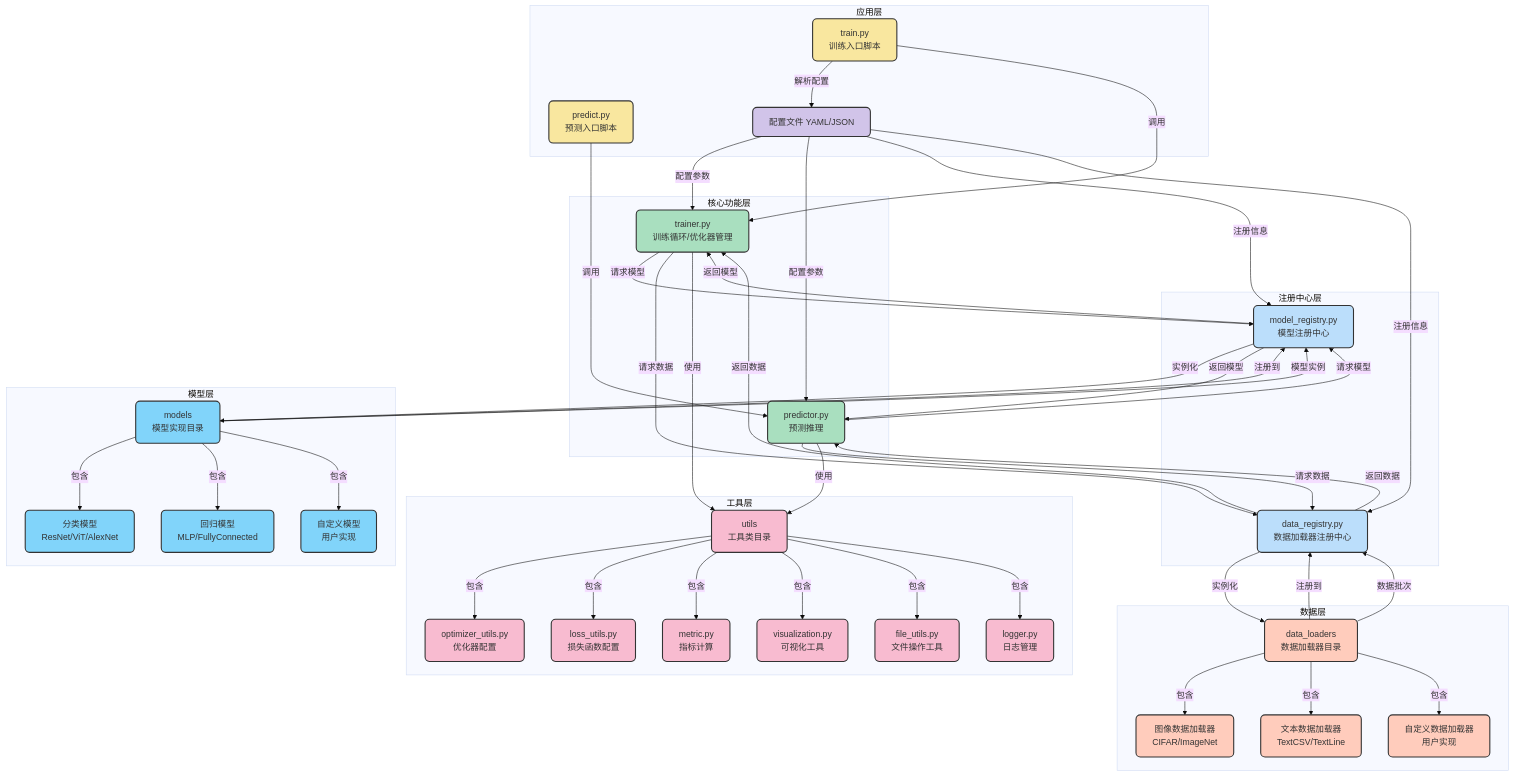
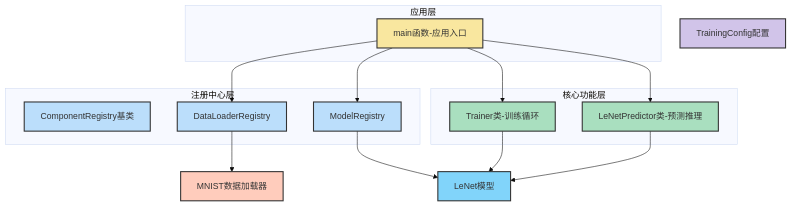
One commit to amuqiao/d2l_note changed the diagram in src/model_center/docs/enhanced_architecture.md. Above: the diagram before and after it, drawn with Mermaid (base theme). The commit also changed 13 other files, not shown here.

````diff
--- a/src/model_center/docs/enhanced_architecture.md
+++ b/src/model_center/docs/enhanced_architecture.md
@@ -5,106 +5,44 @@
 ```mermaid
-graph TD
-    %% 定义样式类
-    classDef styleApp fill:#F9E79F,stroke:#333,stroke-width:2px,rx:8px,ry:8px;
-    classDef styleCore fill:#A9DFBF,stroke:#333,stroke-width:2px,rx:8px,ry:8px;
-    classDef styleModels fill:#81D4FA,stroke:#333,stroke-width:2px,rx:8px,ry:8px;
-    classDef styleData fill:#FFCCBC,stroke:#333,stroke-width:2px,rx:8px,ry:8px;
-    classDef styleUtils fill:#F8BBD0,stroke:#333,stroke-width:2px,rx:8px,ry:8px;
-    classDef styleConfig fill:#D1C4E9,stroke:#333,stroke-width:2px,rx:8px,ry:8px;
-    classDef styleRegistry fill:#BBDEFB,stroke:#333,stroke-width:2px,rx:8px,ry:8px;
-
-    %% 应用层
+flowchart TD
+    %% 简化样式（去掉圆角rx/ry，减少渲染负担）
+    classDef styleApp fill:#F9E79F,stroke:#333,stroke-width:2px;
+    classDef styleCore fill:#A9DFBF,stroke:#333,stroke-width:2px;
+    classDef styleRegistry fill:#BBDEFB,stroke:#333,stroke-width:2px;
+    classDef styleModels fill:#81D4FA,stroke:#333,stroke-width:2px;
+    classDef styleData fill:#FFCCBC,stroke:#333,stroke-width:2px;
+    classDef styleConfig fill:#D1C4E9,stroke:#333,stroke-width:2px;
+    
+    %% 应用层（简化标签，去掉<br>换行）
     subgraph 应用层
-        TrainScript[train.py<br>训练入口脚本]:::styleApp
-        PredictScript[predict.py<br>预测入口脚本]:::styleApp
-        Config[配置文件 YAML/JSON]:::styleConfig
+        main[main函数-应用入口]:::styleApp
     end
-
-    %% 核心功能层
+    
+    %% 核心层
     subgraph 核心功能层
-        Trainer[trainer.py<br>训练循环/优化器管理]:::styleCore
-        Predictor[predictor.py<br>预测推理]:::styleCore
+        Trainer[Trainer类-训练循环]:::styleCore
+        LeNetPredictor[LeNetPredictor类-预测推理]:::styleCore
     end
-
+    
     %% 注册中心层
     subgraph 注册中心层
-        ModelRegistry[model_registry.py<br>模型注册中心]:::styleRegistry
-        DataRegistry[data_registry.py<br>数据加载器注册中心]:::styleRegistry
+        ComponentRegistry[ComponentRegistry基类]:::styleRegistry
+        DataLoaderRegistry[DataLoaderRegistry]:::styleRegistry
+        ModelRegistry[ModelRegistry]:::styleRegistry
     end
-
-    %% 模型层
-    subgraph 模型层
-        Models[models<br>模型实现目录]:::styleModels
-        ClassificationModels[分类模型<br>ResNet/ViT/AlexNet]:::styleModels
-        RegressionModels[回归模型<br>MLP/FullyConnected]:::styleModels
-        CustomModels[自定义模型<br>用户实现]:::styleModels
-    end
-
-    %% 数据层
-    subgraph 数据层
-        DataLoaders[data_loaders<br>数据加载器目录]:::styleData
-        ImageDataloader[图像数据加载器<br>CIFAR/ImageNet]:::styleData
-        TextDataloader[文本数据加载器<br>TextCSV/TextLine]:::styleData
-        CustomDataloader[自定义数据加载器<br>用户实现]:::styleData
-    end
-
-    %% 工具层
-    subgraph 工具层
-        Utils[utils<br>工具类目录]:::styleUtils
-        OptimizerUtils[optimizer_utils.py<br>优化器配置]:::styleUtils
-        LossUtils[loss_utils.py<br>损失函数配置]:::styleUtils
-        Metric[metric.py<br>指标计算]:::styleUtils
-        Visualization[visualization.py<br>可视化工具]:::styleUtils
-        FileUtils[file_utils.py<br>文件操作工具]:::styleUtils
-        Logger[logger.py<br>日志管理]:::styleUtils
-    end
-
-    %% 应用层与核心功能层交互
-    TrainScript -->|解析配置| Config
-    TrainScript -->|调用| Trainer
-    PredictScript -->|调用| Predictor
-    Config -->|配置参数| Trainer
-    Config -->|配置参数| Predictor
-
-    %% 核心功能层与注册中心层交互
-    Trainer -->|请求模型| ModelRegistry
-    Trainer -->|请求数据| DataRegistry
-    Predictor -->|请求模型| ModelRegistry
-    Predictor -->|请求数据| DataRegistry
-    Config -->|注册信息| ModelRegistry
-    Config -->|注册信息| DataRegistry
-
-    %% 注册中心层与模型层交互
-    ModelRegistry -->|实例化| Models
-    Models -->|注册到| ModelRegistry
-    Models -->|包含| ClassificationModels
-    Models -->|包含| RegressionModels
-    Models -->|包含| CustomModels
-
-    %% 注册中心层与数据层交互
-    DataRegistry -->|实例化| DataLoaders
-    DataLoaders -->|注册到| DataRegistry
-    DataLoaders -->|包含| ImageDataloader
-    DataLoaders -->|包含| TextDataloader
-    DataLoaders -->|包含| CustomDataloader
-
-    %% 核心功能层与工具层交互
-    Trainer -->|使用| Utils
-    Predictor -->|使用| Utils
-
-    %% 工具层内部关系
-    Utils -->|包含| OptimizerUtils
-    Utils -->|包含| LossUtils
-    Utils -->|包含| Metric
-    Utils -->|包含| Visualization
-    Utils -->|包含| FileUtils
-    Utils -->|包含| Logger
-
-    %% 数据流向
-    DataLoaders -->|数据批次| DataRegistry
-    Models -->|模型实例| ModelRegistry
-    ModelRegistry -->|返回模型| Trainer
-    ModelRegistry -->|返回模型| Predictor
-    DataRegistry -->|返回数据| Trainer
-    DataRegistry -->|返回数据| Predictor
+    
+    %% 基础节点
+    LeNet[LeNet模型]:::styleModels
+    MNISTDataLoader[MNIST数据加载器]:::styleData
+    TrainingConfig[TrainingConfig配置]:::styleConfig
+    
+    %% 核心依赖（只保留关键连接，减少复杂度）
+    main --> DataLoaderRegistry
+    main --> ModelRegistry
+    main --> Trainer
+    main --> LeNetPredictor
+    
+    DataLoaderRegistry --> MNISTDataLoader
+    ModelRegistry --> LeNet
+    Trainer --> LeNet
+    LeNetPredictor --> LeNet
 ```
````
